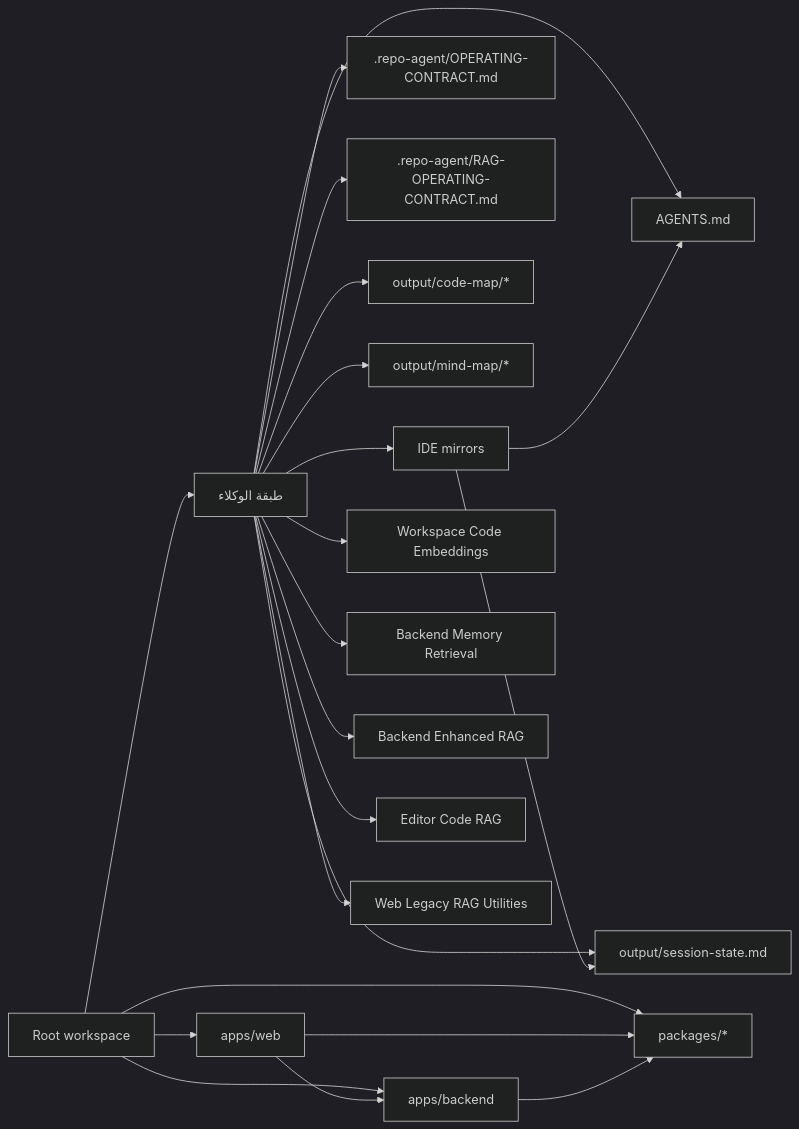
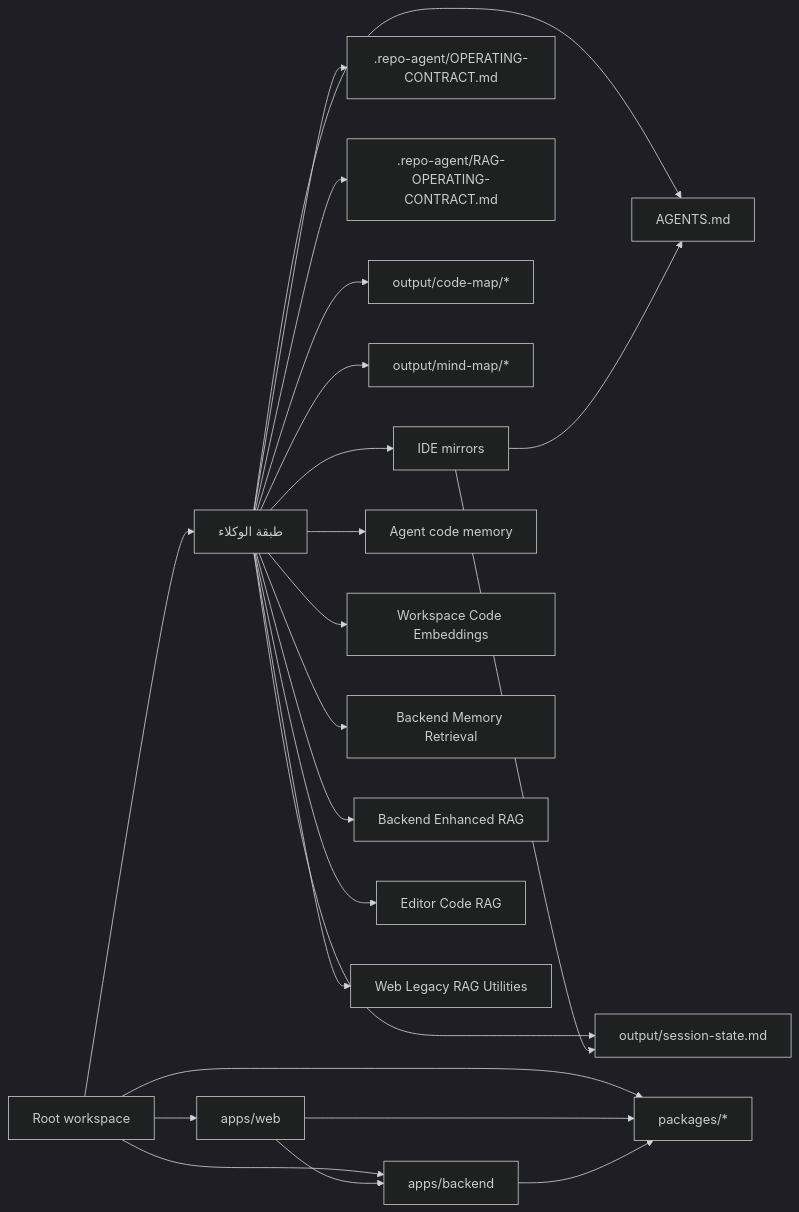
Before and after one commit to CLOCKWORK-TEMPTATION/thecopy-yarab-we-elnby: the diagram in output/code-map/dependency-graph.md, drawn with Mermaid (dark theme). The commit also changed 24 other files, not shown here.

First line of the commit message:
feat(memory): enhance code memory with diff-based indexing and LanceDB storage

````diff
--- a/output/code-map/dependency-graph.md
+++ b/output/code-map/dependency-graph.md
@@ -3,25 +3,26 @@
 ```mermaid
 flowchart LR
     Root["Root workspace"] --> Agents["طبقة الوكلاء"]
     Root --> Web["apps/web"]
     Root --> Backend["apps/backend"]
     Root --> Packages["packages/*"]
 
     Agents --> Contract["AGENTS.md"]
     Agents --> Operating[".repo-agent/OPERATING-CONTRACT.md"]
     Agents --> RAGContract[".repo-agent/RAG-OPERATING-CONTRACT.md"]
     Agents --> Session["output/session-state.md"]
     Agents --> CodeMap["output/code-map/*"]
     Agents --> MindMap["output/mind-map/*"]
     Agents --> IDE["IDE mirrors"]
+    Agents --> CodeMemory["Agent code memory"]
     Agents --> workspace-embeddings["Workspace Code Embeddings"]
     Agents --> backend-memory["Backend Memory Retrieval"]
     Agents --> backend-enhanced-rag["Backend Enhanced RAG"]
     Agents --> editor-code-rag["Editor Code RAG"]
     Agents --> web-legacy-rag["Web Legacy RAG Utilities"]
     Web --> Backend
     Web --> Packages
     Backend --> Packages
     IDE --> Contract
     IDE --> Session
 ```
````
